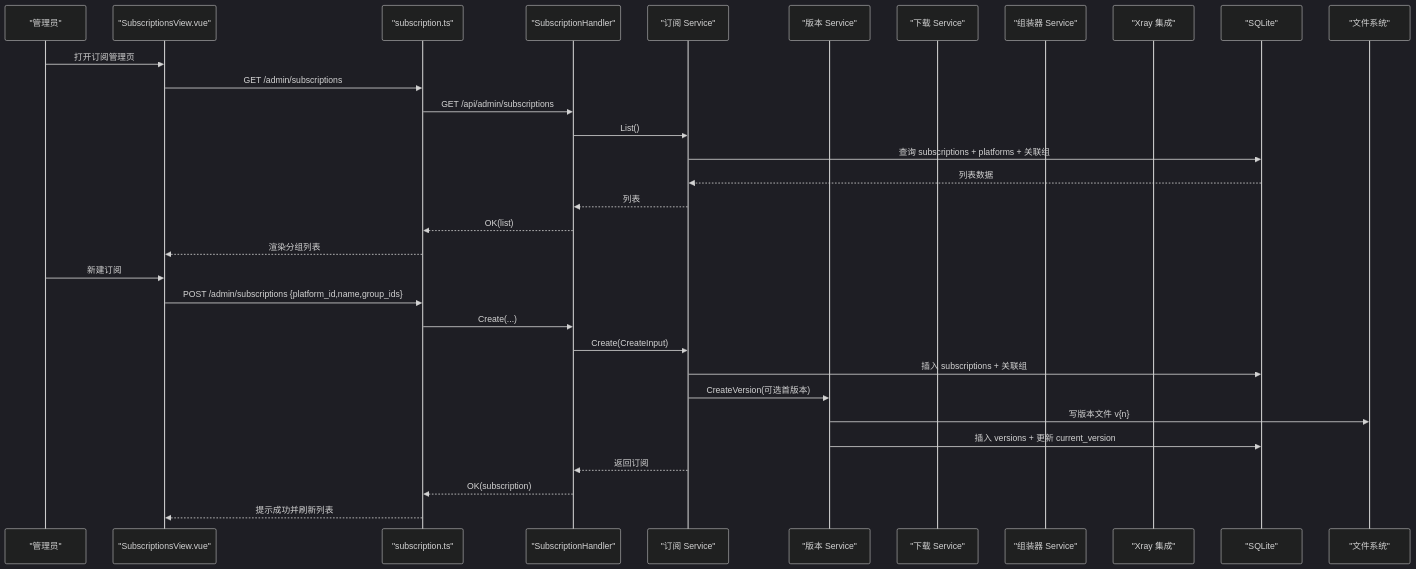
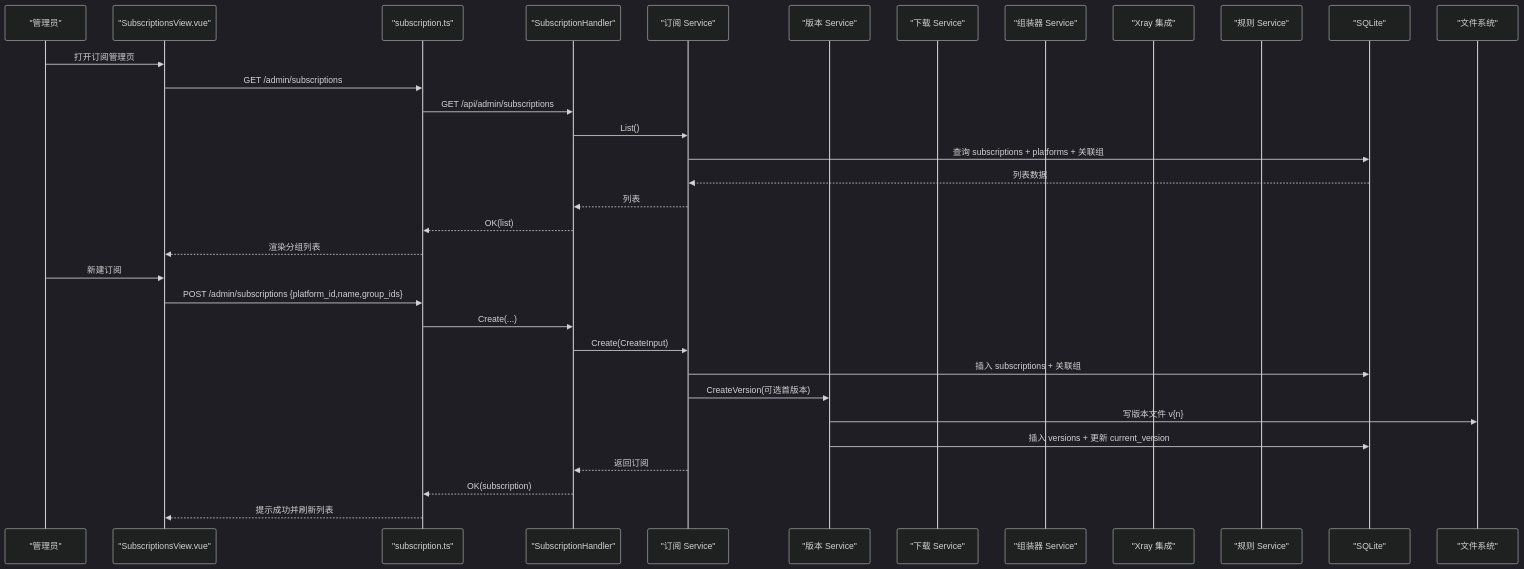
Before and after one commit to AlcaProphet/VPN-Subscription-Management: the second of 10 diagrams in .qoder/repowiki/zh/content/核心功能模块/订阅管理系统.md, drawn with Mermaid (dark theme). The commit also changed other lines of this file and 20 other files, not shown here.

````diff
--- a/.qoder/repowiki/zh/content/核心功能模块/订阅管理系统.md
+++ b/.qoder/repowiki/zh/content/核心功能模块/订阅管理系统.md
@@ -103,34 +110,35 @@
 ```mermaid
 sequenceDiagram
 participant U as "管理员"
 participant FE as "SubscriptionsView.vue"
 participant API as "subscription.ts"
 participant H as "SubscriptionHandler"
 participant S as "订阅 Service"
 participant V as "版本 Service"
 participant D as "下载 Service"
 participant A as "组装器 Service"
 participant X as "Xray 集成"
+participant R as "规则 Service"
 participant DB as "SQLite"
 participant FS as "文件系统"
 U->>FE : 打开订阅管理页
 FE->>API : GET /admin/subscriptions
 API->>H : GET /api/admin/subscriptions
 H->>S : List()
 S->>DB : 查询 subscriptions + platforms + 关联组
 DB-->>S : 列表数据
 S-->>H : 列表
 H-->>API : OK(list)
 API-->>FE : 渲染分组列表
 U->>FE : 新建订阅
 FE->>API : POST /admin/subscriptions {platform_id,name,group_ids}
 API->>H : Create(...)
 H->>S : Create(CreateInput)
 S->>DB : 插入 subscriptions + 关联组
 S->>V : CreateVersion(可选首版本)
 V->>FS : 写版本文件 v{n}
 V->>DB : 插入 versions + 更新 current_version
 S-->>H : 返回订阅
 H-->>API : OK(subscription)
 API-->>FE : 提示成功并刷新列表
 ```
````
